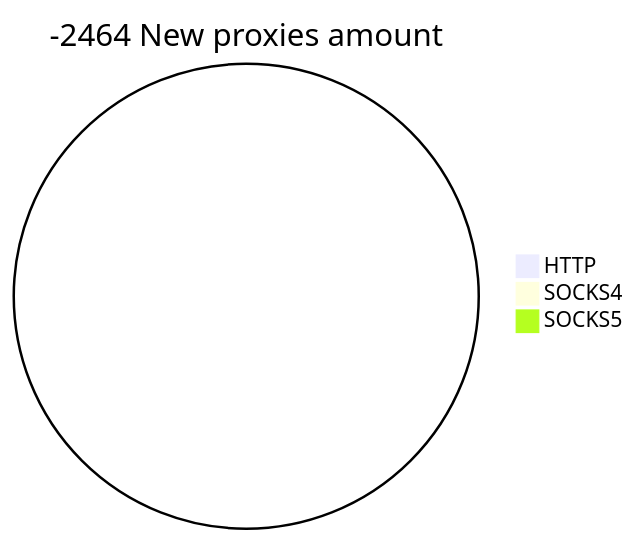
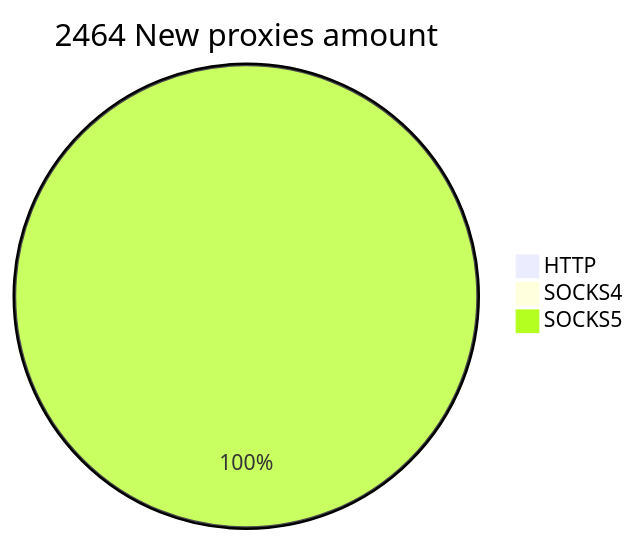
Before and after one commit to cutipu/proxylist: the second of 2 diagrams in README.md, drawn with Mermaid. The commit also changed other lines of this file, not shown here.

````diff
--- a/README.md
+++ b/README.md
@@ -10,6 +10,6 @@
 ```mermaid
-pie title -2464 New proxies amount
-    "HTTP" : 0
+pie title 2464 New proxies amount
+    "HTTP" : 1
     "SOCKS4" : 0
-    "SOCKS5" : 0
+    "SOCKS5" : 2463
 ```
````
